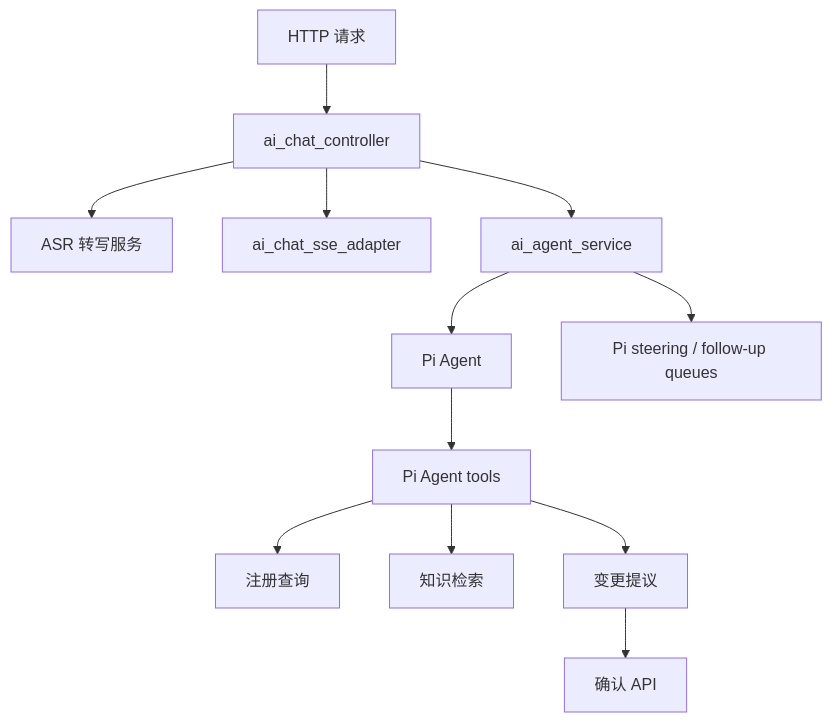
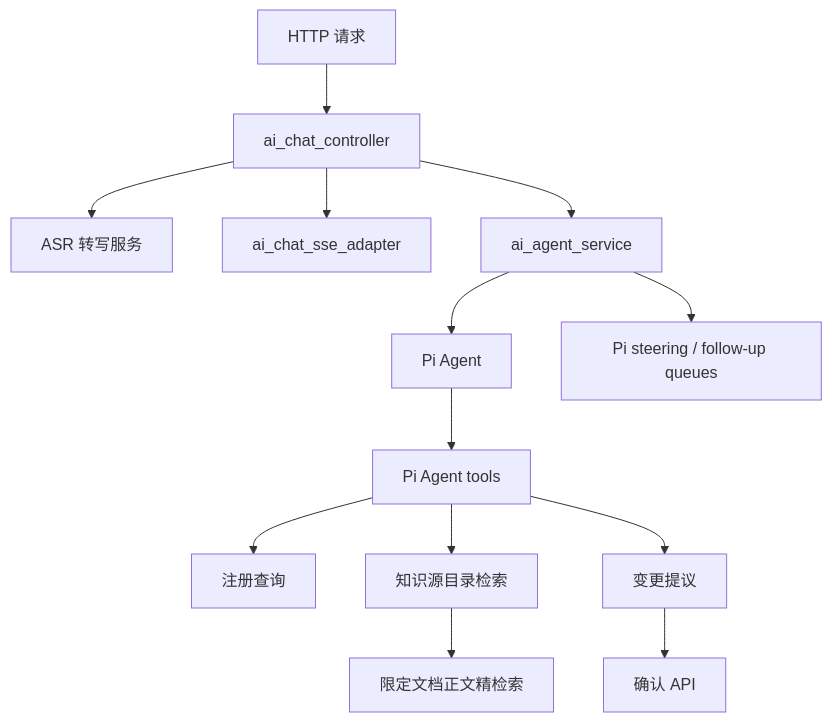
One commit to OSpoon/api-starter-kit changed the diagram in docs/ai-assistant-architecture.md. Above: the diagram before and after it, drawn with Mermaid. The commit also changed other lines of this file and 49 other files, not shown here.

````diff
--- a/docs/ai-assistant-architecture.md
+++ b/docs/ai-assistant-architecture.md
@@ -7,14 +7,15 @@
 ```mermaid
 flowchart TB
   A["HTTP 请求"] --> B["ai_chat_controller"]
   B --> ASR["ASR 转写服务"]
   B --> C["ai_chat_sse_adapter"]
   B --> D["ai_agent_service"]
   D --> E["Pi Agent"]
   E --> F["Pi Agent tools"]
   F --> G["注册查询"]
-  F --> H["知识检索"]
+  F --> H["知识源目录检索"]
+  H --> H2["限定文档正文精检索"]
   F --> I["变更提议"]
   I --> J["确认 API"]
   D --> K["Pi steering / follow-up queues"]
 ```
````
